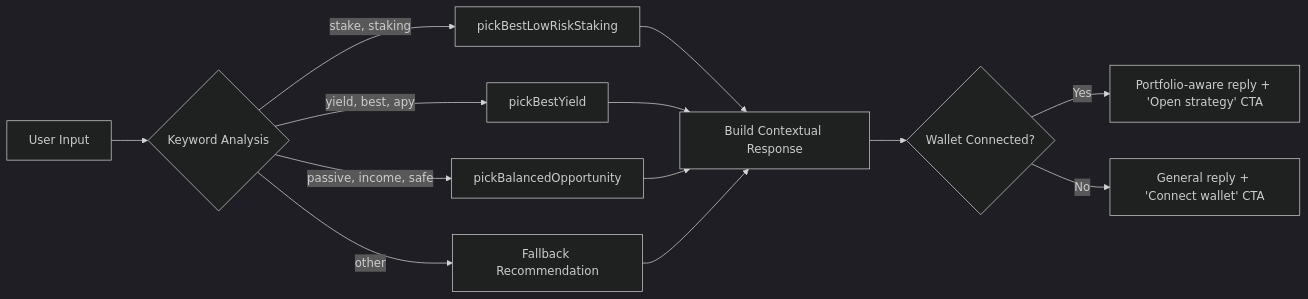
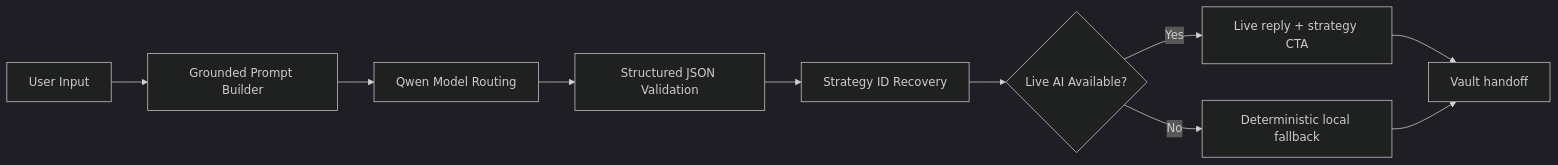
Before and after one commit to panzauto46-bot/DotPilot: the diagram in README.md, drawn with Mermaid (dark theme). The commit also changed other lines of this file and 2 other files, not shown here.

````diff
--- a/README.md
+++ b/README.md
@@ -461,15 +480,12 @@
 ```mermaid
 flowchart LR
-    A[User Input] --> B{Keyword Analysis}
-    B -->|stake, staking| C[pickBestLowRiskStaking]
-    B -->|yield, best, apy| D[pickBestYield]
-    B -->|passive, income, safe| E[pickBalancedOpportunity]
-    B -->|other| F[Fallback Recommendation]
-    C --> G[Build Contextual Response]
-    D --> G
-    E --> G
-    F --> G
-    G --> H{Wallet Connected?}
-    H -->|Yes| I["Portfolio-aware reply + 'Open strategy' CTA"]
-    H -->|No| J["General reply + 'Connect wallet' CTA"]
+    A[User Input] --> B[Grounded Prompt Builder]
+    B --> C[Qwen Model Routing]
+    C --> D[Structured JSON Validation]
+    D --> E[Strategy ID Recovery]
+    E --> F{Live AI Available?}
+    F -->|Yes| G["Live reply + strategy CTA"]
+    F -->|No| H["Deterministic local fallback"]
+    G --> I[Vault handoff]
+    H --> I
 ```
````
